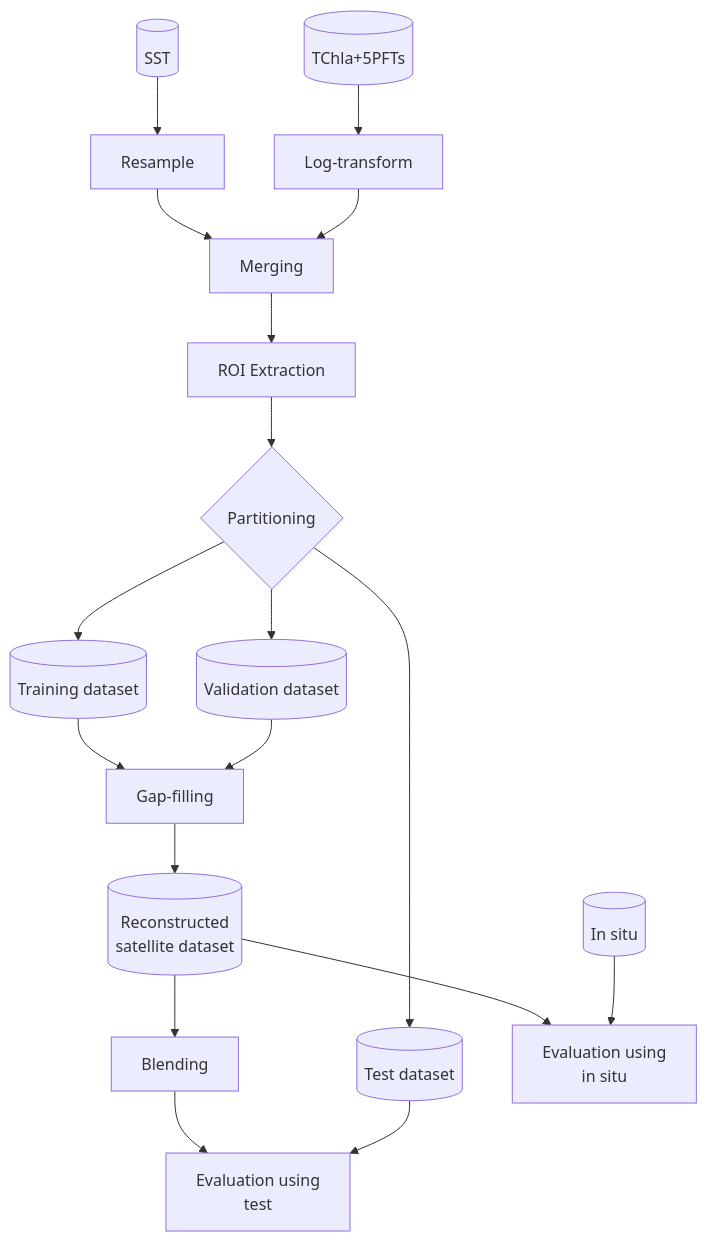
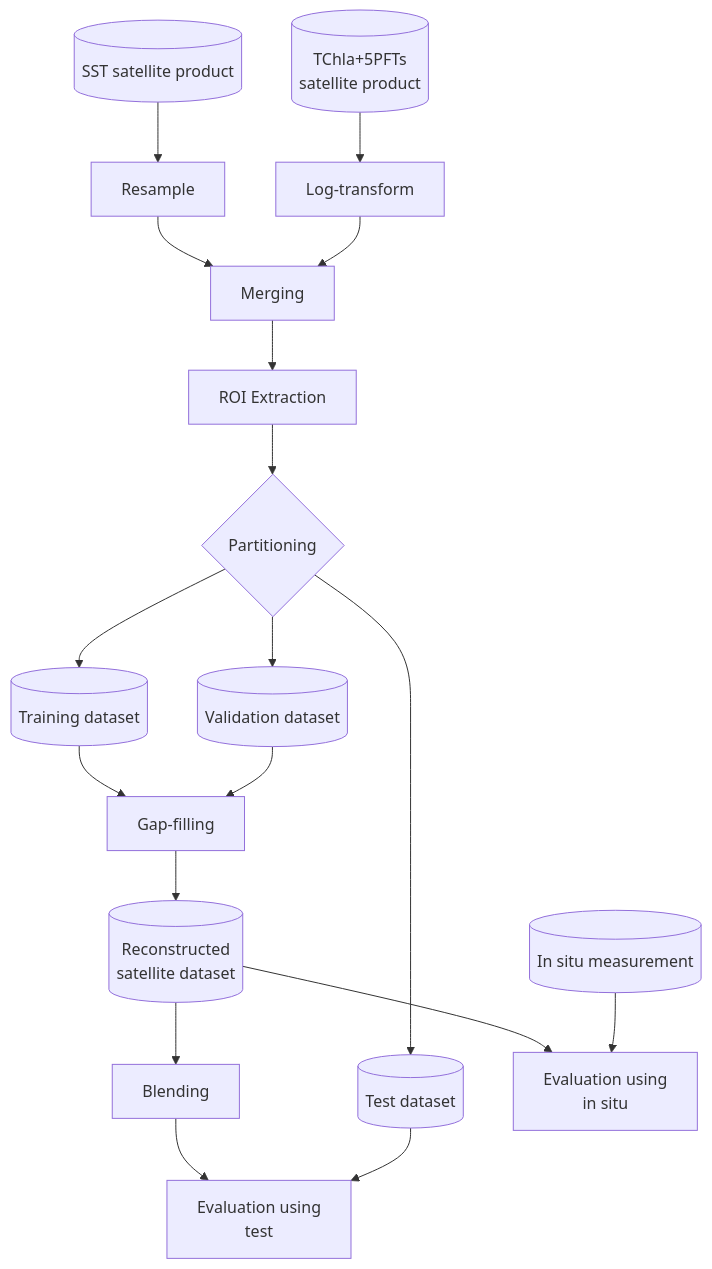
One commit to EhsanMehdipour/PFT_gapfilling changed the diagram in README.md. Above: the diagram before and after it, drawn with Mermaid.

````diff
--- a/README.md
+++ b/README.md
@@ -42,33 +42,34 @@
 ```mermaid
 flowchart TD
-    A1@{ shape: cyl, label: "SST" }
+    A1@{ shape: cyl, label: "SST satellite product" }
     %% A1[SST]
-    A2@{ shape: cyl, label: "TChla+5PFTs" }
+    A2@{ shape: cyl, label: "TChla+5PFTs 
+    satellite product" }
     %% A2[TChla+5PFT]
-    A3@{ shape: cyl, label: "In situ" }
+    A3@{ shape: cyl, label: "In situ measurement" }
     %% A3[In situ]
 
     A1-->D[Resample]
     A2-->E[Log-transform]
     D-->F[Merging]
     E-->F
     F-->G[ROI Extraction]
     G-->H{Partitioning}
 
     H-->I1@{ shape: cyl, label: "Training dataset"}
     H-->I2@{ shape: cyl, label: "Validation dataset"}
     H-->I3@{ shape: cyl, label: "Test dataset"}
 
     I1-->J[Gap-filling]
     I2-->J
 
     J-->K@{ shape: cyl, label: "Reconstructed 
     satellite dataset"}
     K-->L[Blending]
     L-->N[Evaluation using 
     test]
     K-->M
     A3-->M[Evaluation using 
     in situ]
     I3-->N
 ```
````
